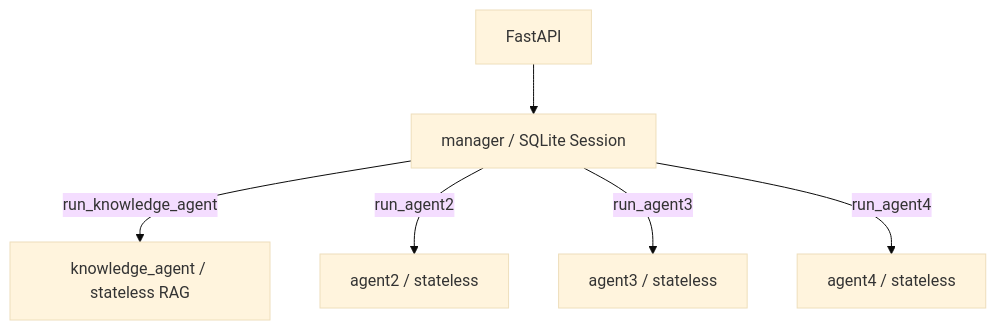
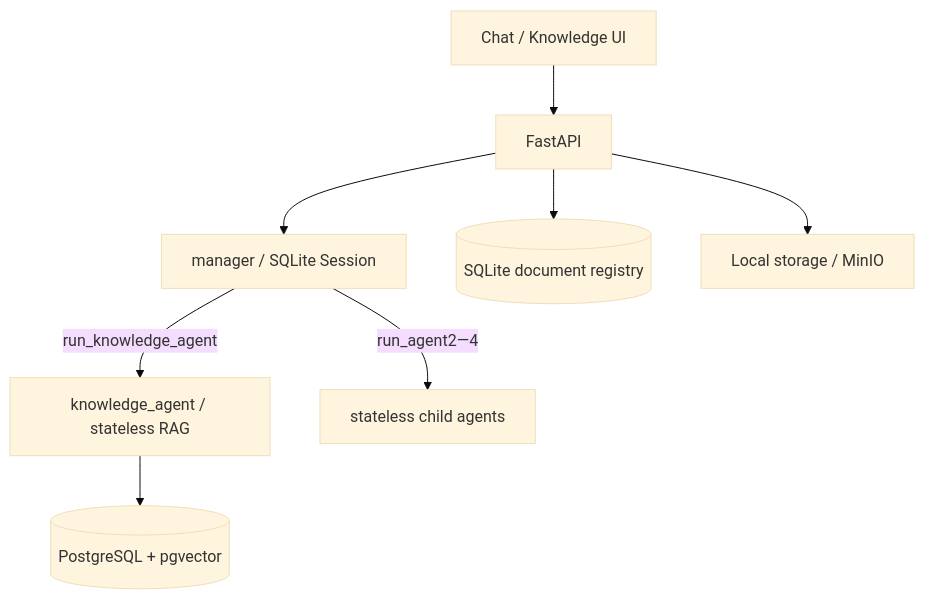
One commit to henuzfl/l-agents changed the diagram in README.md. Above: the diagram before and after it, drawn with Mermaid (base theme). The commit also changed other lines of this file and 14 other files, not shown here.

````diff
--- a/README.md
+++ b/README.md
@@ -5,8 +7,10 @@
 ```mermaid
 flowchart TD
-    API[FastAPI] --> M[manager / SQLite Session]
-    M -->|run_knowledge_agent| A1[knowledge_agent / stateless RAG]
-    M -->|run_agent2| A2[agent2 / stateless]
-    M -->|run_agent3| A3[agent3 / stateless]
-    M -->|run_agent4| A4[agent4 / stateless]
+    UI[Chat / Knowledge UI] --> API[FastAPI]
+    API --> M[manager / SQLite Session]
+    M -->|run_knowledge_agent| KA[knowledge_agent / stateless RAG]
+    M -->|run_agent2—4| A[stateless child agents]
+    KA --> PG[(PostgreSQL + pgvector)]
+    API --> REG[(SQLite document registry)]
+    API --> OBJ[Local storage / MinIO]
 ```
````
